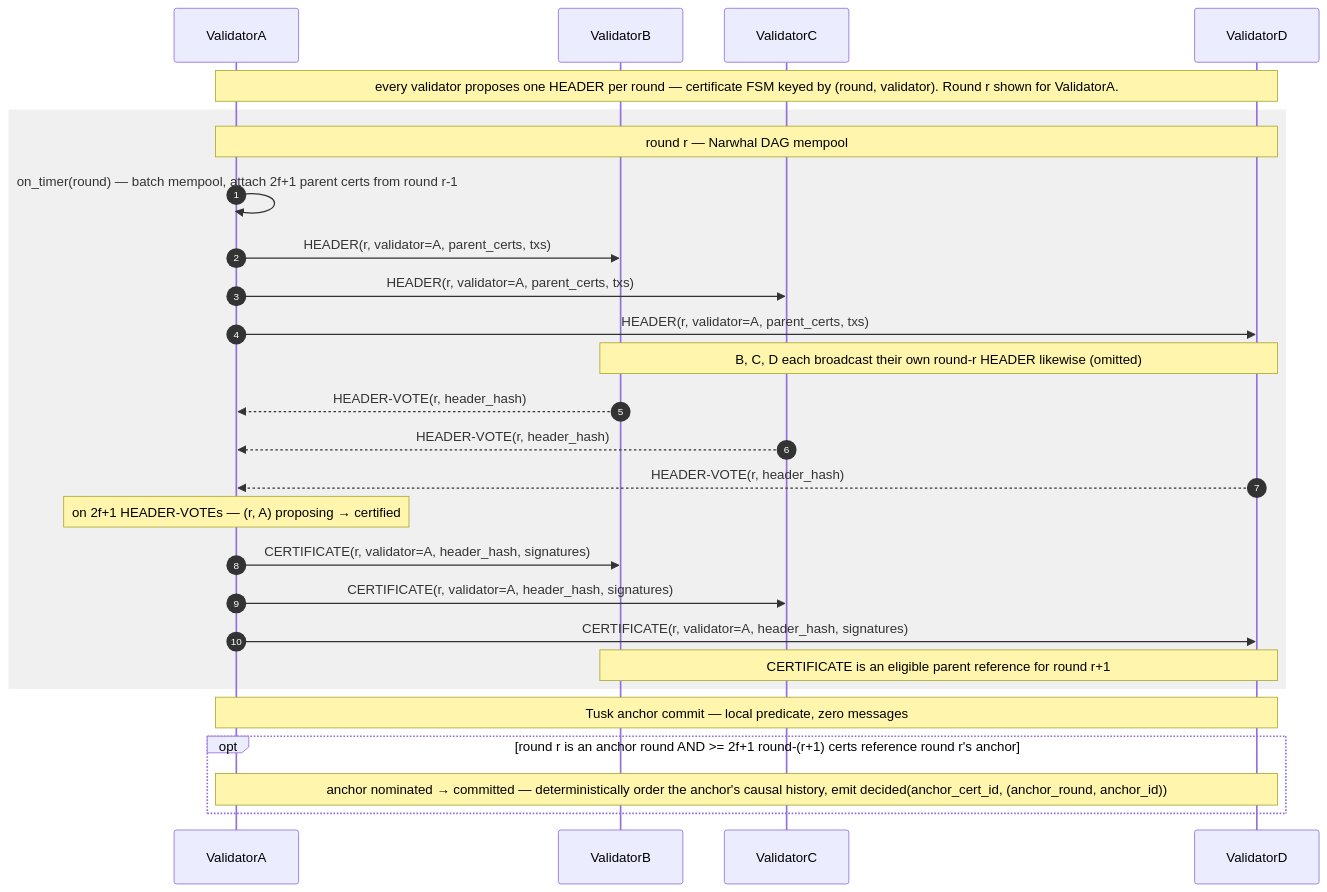
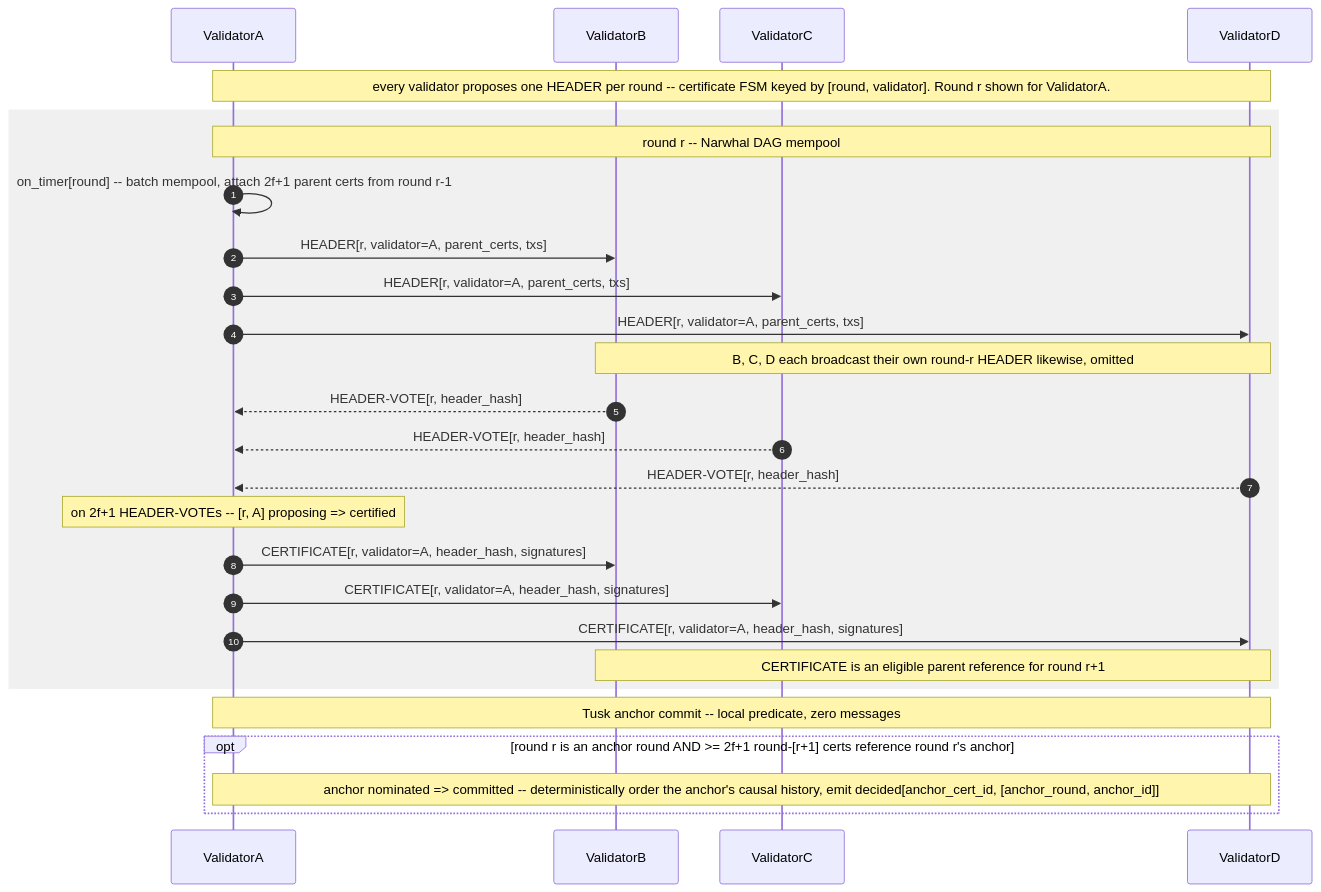
Before and after one commit to palhs/thesis: the diagram in wiki/diagrams/protocols/narwhal-tusk.md, drawn with Mermaid. The commit also changed 3 other files, not shown here.

First line of the commit message:
wiki: make protocol mermaid diagrams Zed-preview-safe

````diff
--- a/wiki/diagrams/protocols/narwhal-tusk.md
+++ b/wiki/diagrams/protocols/narwhal-tusk.md
@@ -16,35 +16,35 @@
 ```mermaid
-%% Narwhal+Tusk — one DAG round + anchor commit (n=4, f=1, quorum 2f+1=3)
 sequenceDiagram
+    %% Narwhal+Tusk one DAG round + anchor commit (n=4, f=1, quorum 2f+1=3)
     autonumber
     participant ValidatorA
     participant ValidatorB
     participant ValidatorC
     participant ValidatorD
 
-    Note over ValidatorA,ValidatorD: every validator proposes one HEADER per round — certificate FSM keyed by (round, validator). Round r shown for ValidatorA.
+    Note over ValidatorA,ValidatorD: every validator proposes one HEADER per round -- certificate FSM keyed by [round, validator]. Round r shown for ValidatorA.
 
     rect rgb(240,240,240)
-        Note over ValidatorA,ValidatorD: round r — Narwhal DAG mempool
+        Note over ValidatorA,ValidatorD: round r -- Narwhal DAG mempool
 
-        ValidatorA->>ValidatorA: on_timer(round) — batch mempool, attach 2f+1 parent certs from round r-1
-        ValidatorA->>ValidatorB: HEADER(r, validator=A, parent_certs, txs)
-        ValidatorA->>ValidatorC: HEADER(r, validator=A, parent_certs, txs)
-        ValidatorA->>ValidatorD: HEADER(r, validator=A, parent_certs, txs)
-        Note over ValidatorB,ValidatorD: B, C, D each broadcast their own round-r HEADER likewise (omitted)
-        ValidatorB-->>ValidatorA: HEADER-VOTE(r, header_hash)
-        ValidatorC-->>ValidatorA: HEADER-VOTE(r, header_hash)
-        ValidatorD-->>ValidatorA: HEADER-VOTE(r, header_hash)
-        Note over ValidatorA: on 2f+1 HEADER-VOTEs — (r, A) proposing → certified
-        ValidatorA->>ValidatorB: CERTIFICATE(r, validator=A, header_hash, signatures)
-        ValidatorA->>ValidatorC: CERTIFICATE(r, validator=A, header_hash, signatures)
-        ValidatorA->>ValidatorD: CERTIFICATE(r, validator=A, header_hash, signatures)
+        ValidatorA->>ValidatorA: on_timer[round] -- batch mempool, attach 2f+1 parent certs from round r-1
+        ValidatorA->>ValidatorB: HEADER[r, validator=A, parent_certs, txs]
+        ValidatorA->>ValidatorC: HEADER[r, validator=A, parent_certs, txs]
+        ValidatorA->>ValidatorD: HEADER[r, validator=A, parent_certs, txs]
+        Note over ValidatorB,ValidatorD: B, C, D each broadcast their own round-r HEADER likewise, omitted
+        ValidatorB-->>ValidatorA: HEADER-VOTE[r, header_hash]
+        ValidatorC-->>ValidatorA: HEADER-VOTE[r, header_hash]
+        ValidatorD-->>ValidatorA: HEADER-VOTE[r, header_hash]
+        Note over ValidatorA: on 2f+1 HEADER-VOTEs -- [r, A] proposing => certified
+        ValidatorA->>ValidatorB: CERTIFICATE[r, validator=A, header_hash, signatures]
+        ValidatorA->>ValidatorC: CERTIFICATE[r, validator=A, header_hash, signatures]
+        ValidatorA->>ValidatorD: CERTIFICATE[r, validator=A, header_hash, signatures]
         Note over ValidatorB,ValidatorD: CERTIFICATE is an eligible parent reference for round r+1
     end
 
-    Note over ValidatorA,ValidatorD: Tusk anchor commit — local predicate, zero messages
+    Note over ValidatorA,ValidatorD: Tusk anchor commit -- local predicate, zero messages
 
-    opt round r is an anchor round AND >= 2f+1 round-(r+1) certs reference round r's anchor
-        Note over ValidatorA,ValidatorD: anchor nominated → committed — deterministically order the anchor's causal history, emit decided(anchor_cert_id, (anchor_round, anchor_id))
+    opt round r is an anchor round AND >= 2f+1 round-[r+1] certs reference round r's anchor
+        Note over ValidatorA,ValidatorD: anchor nominated => committed -- deterministically order the anchor's causal history, emit decided[anchor_cert_id, [anchor_round, anchor_id]]
     end
 ```
````
